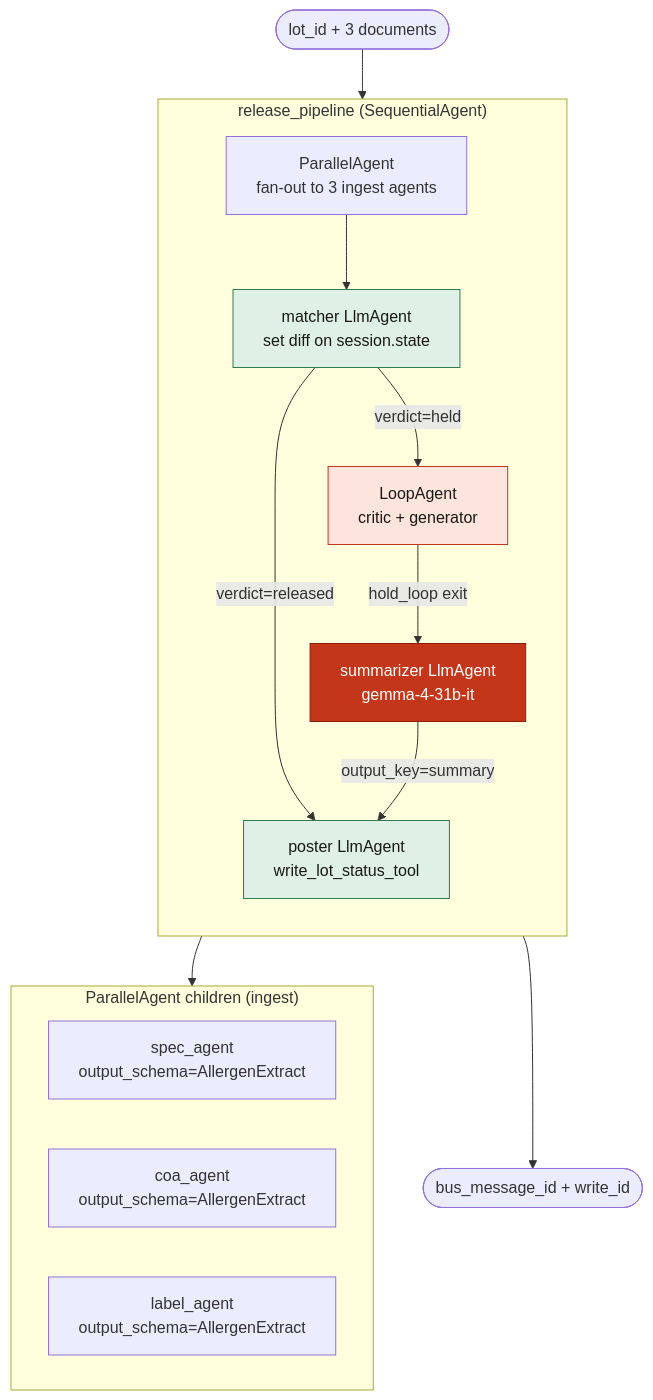
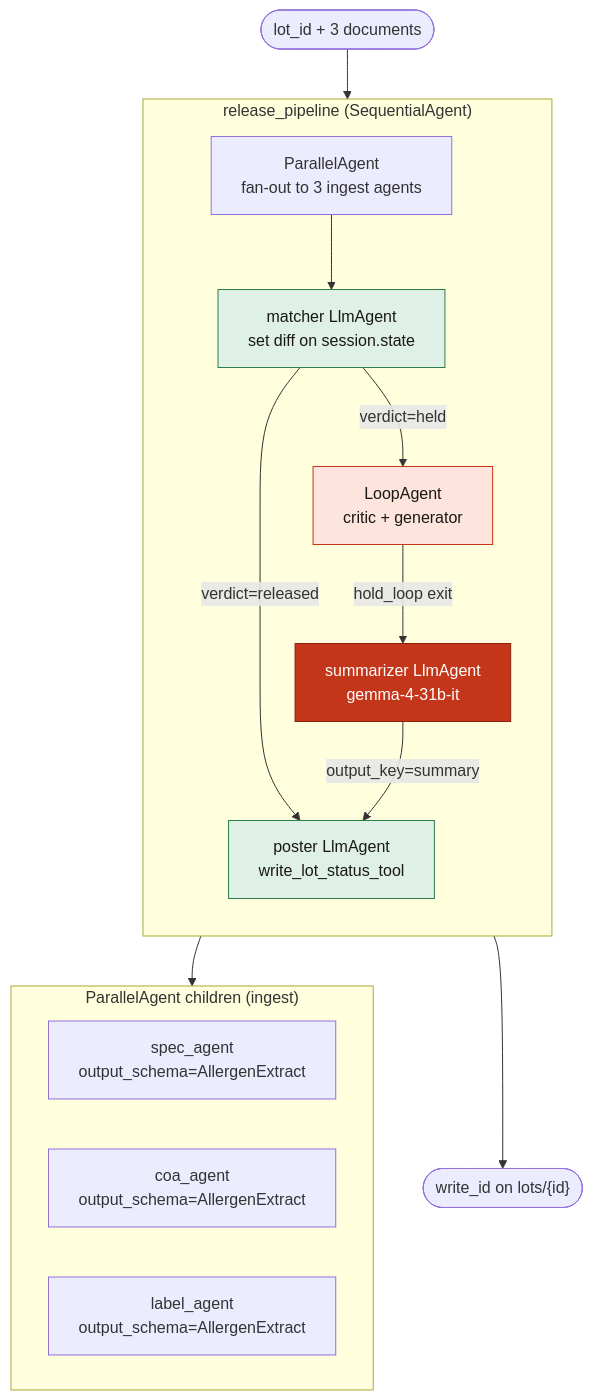
Before and after one commit to AndreMashukov/label-hold: the second of 4 diagrams in README.md, drawn with Mermaid. The commit also changed other lines of this file and 7 other files, not shown here.

````diff
--- a/README.md
+++ b/README.md
@@ -118,37 +120,37 @@
 ```mermaid
 flowchart TB
   START(["lot_id + 3 documents"]) --> SEQ
 
   subgraph SEQ["release_pipeline (SequentialAgent)"]
     direction TB
     FAN["ParallelAgent<br/>fan-out to 3 ingest agents"]
     MATCH["matcher LlmAgent<br/>set diff on session.state"]
     HOLD["LoopAgent<br/>critic + generator"]
     SUM["summarizer LlmAgent<br/>gemma-4-31b-it"]
     POST["poster LlmAgent<br/>write_lot_status_tool"]
 
     FAN --> MATCH
     MATCH -->|verdict=released| POST
     MATCH -->|verdict=held| HOLD
     HOLD -->|hold_loop exit| SUM
     SUM -->|output_key=summary| POST
   end
 
   subgraph INGEST["ParallelAgent children (ingest)"]
     SP["spec_agent<br/>output_schema=AllergenExtract"]
     CA["coa_agent<br/>output_schema=AllergenExtract"]
     LB["label_agent<br/>output_schema=AllergenExtract"]
   end
 
   FAN --> INGEST
 
-  SEQ --> DONE(["bus_message_id + write_id"])
+  SEQ --> DONE(["write_id on lots/{id}"])
 
   classDef held fill:#fde4dd,color:#1a1815,stroke:#c4361a,stroke-width:1px
   classDef released fill:#dff1e6,color:#1a1815,stroke:#2f7d4f,stroke-width:1px
   classDef primary fill:#c4361a,color:#fff,stroke:#8a1f0e,stroke-width:1px
 
   class HOLD held
   class MATCH,POST released
   class SUM primary
 ```
````
